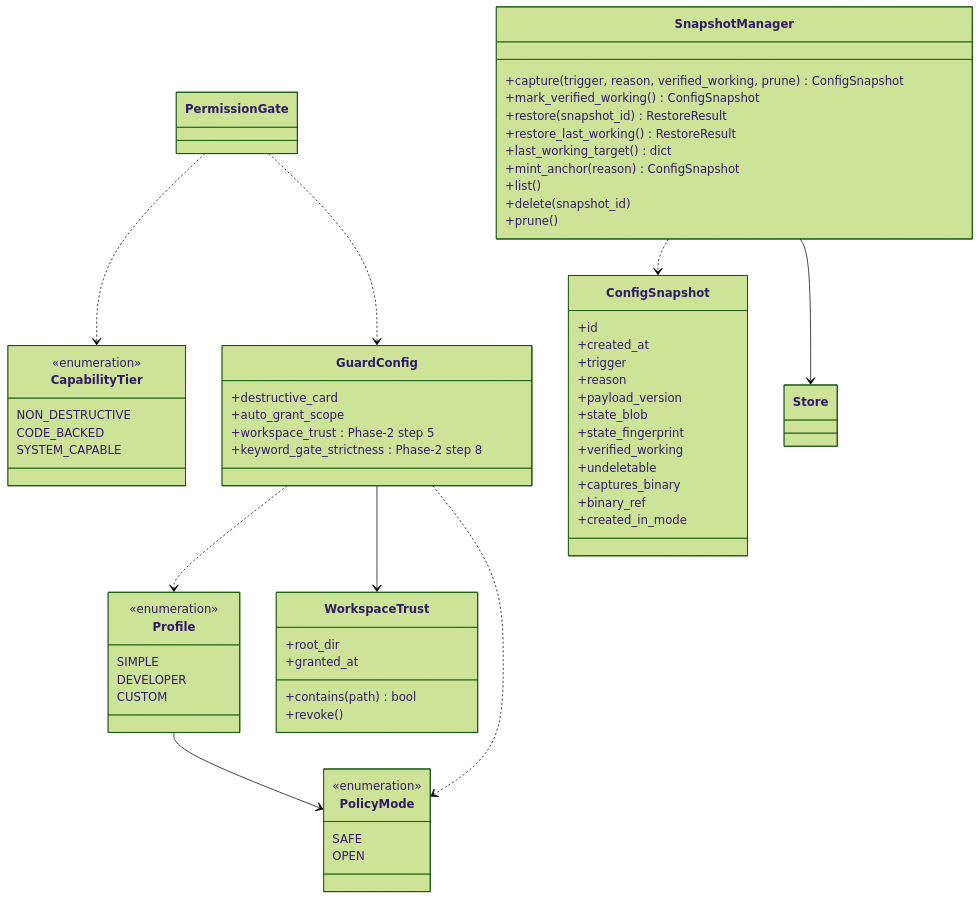
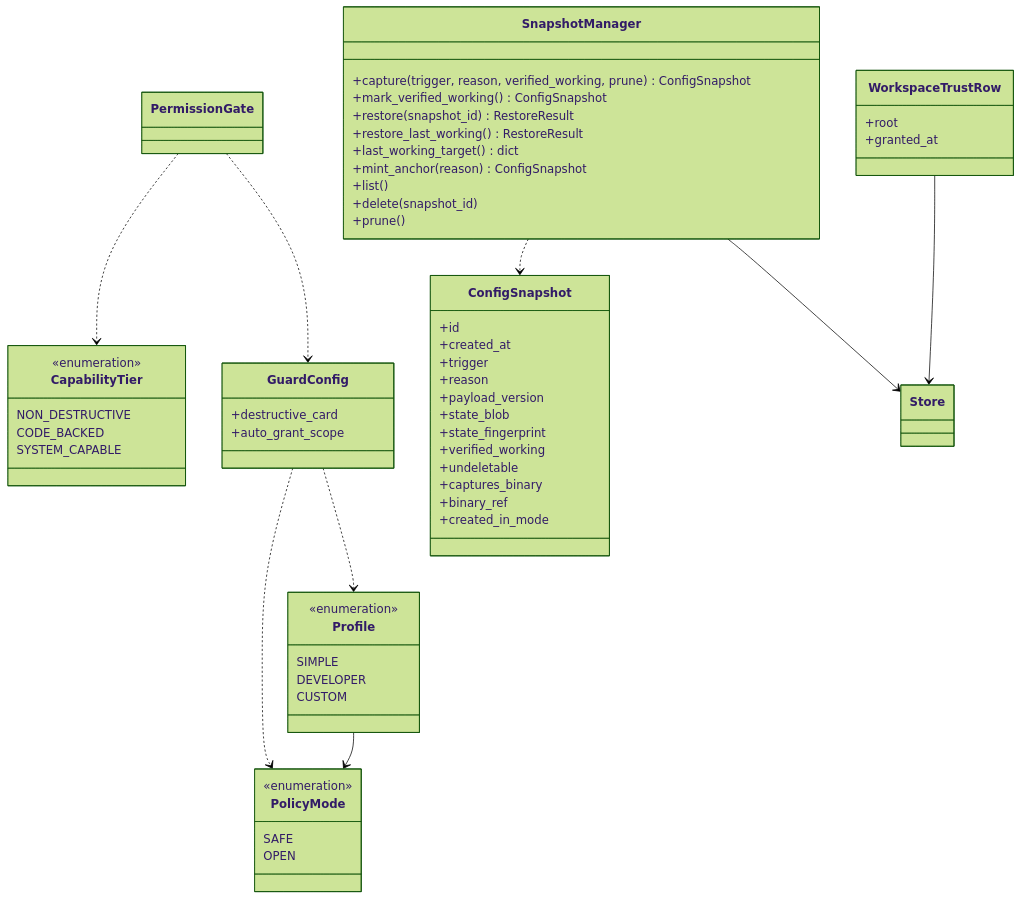
Before and after one commit to N041M/Addison: the second of 5 diagrams in docs/classes.md, drawn with Mermaid (forest theme). The commit also changed other lines of this file and 17 other files, not shown here.

````diff
--- a/docs/classes.md
+++ b/docs/classes.md
@@ -146,66 +188,62 @@
 ```mermaid
 classDiagram
     class Profile {
         <<enumeration>>
         SIMPLE
         DEVELOPER
         CUSTOM
     }
     class PolicyMode {
         <<enumeration>>
         SAFE
         OPEN
     }
     class CapabilityTier {
         <<enumeration>>
         NON_DESTRUCTIVE
         CODE_BACKED
         SYSTEM_CAPABLE
     }
     class GuardConfig {
         +destructive_card
         +auto_grant_scope
-        +workspace_trust : Phase-2 step 5
-        +keyword_gate_strictness : Phase-2 step 8
     }
-    class WorkspaceTrust {
-        +root_dir
+    class WorkspaceTrustRow {
+        +root
         +granted_at
-        +contains(path) bool
-        +revoke()
     }
     class SnapshotManager {
         +capture(trigger, reason, verified_working, prune) ConfigSnapshot
         +mark_verified_working() ConfigSnapshot
         +restore(snapshot_id) RestoreResult
         +restore_last_working() RestoreResult
         +last_working_target() dict
         +mint_anchor(reason) ConfigSnapshot
         +list()
         +delete(snapshot_id)
         +prune()
     }
     class ConfigSnapshot {
         +id
         +created_at
         +trigger
         +reason
         +payload_version
         +state_blob
         +state_fingerprint
         +verified_working
         +undeletable
         +captures_binary
         +binary_ref
         +created_in_mode
     }
 
     Profile --> PolicyMode
     GuardConfig ..> Profile
     GuardConfig ..> PolicyMode
-    GuardConfig --> WorkspaceTrust
     PermissionGate ..> GuardConfig
     PermissionGate ..> CapabilityTier
+    WorkspaceTrustRow --> Store
     SnapshotManager ..> ConfigSnapshot
     SnapshotManager --> Store
 ```
````
